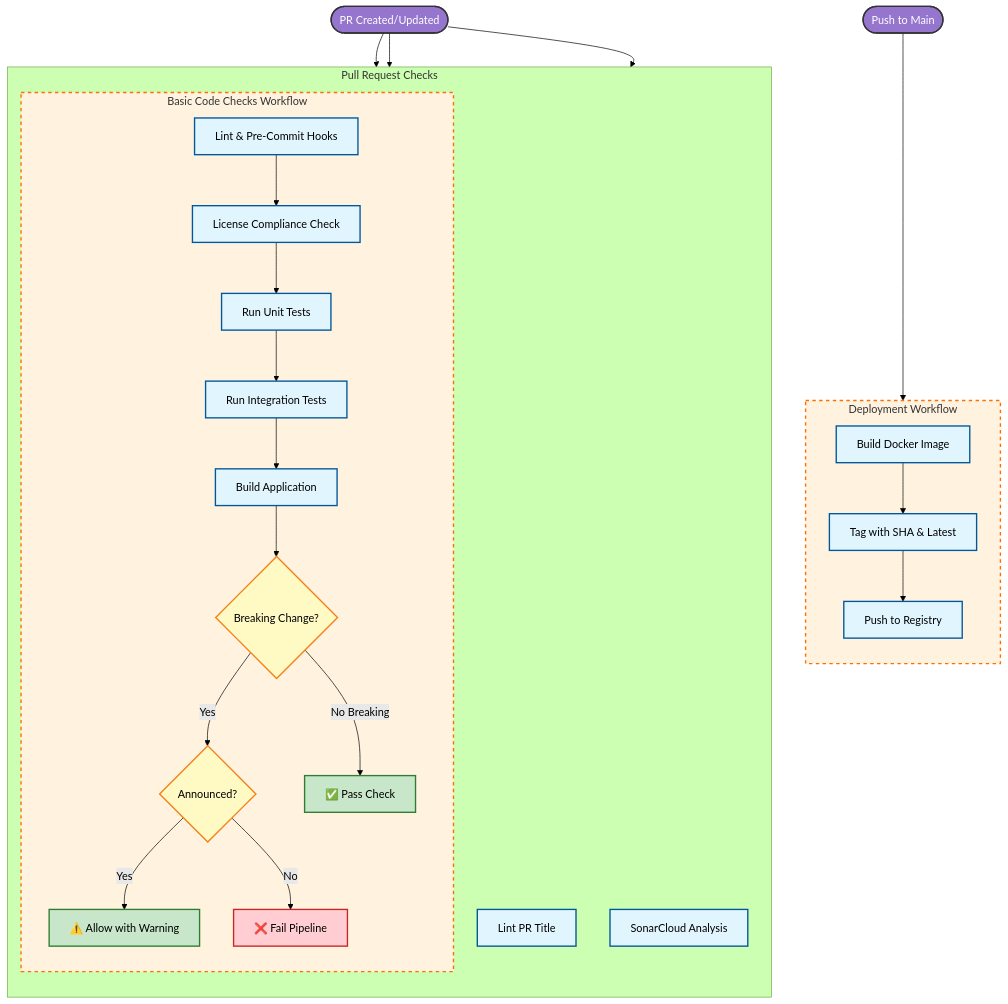
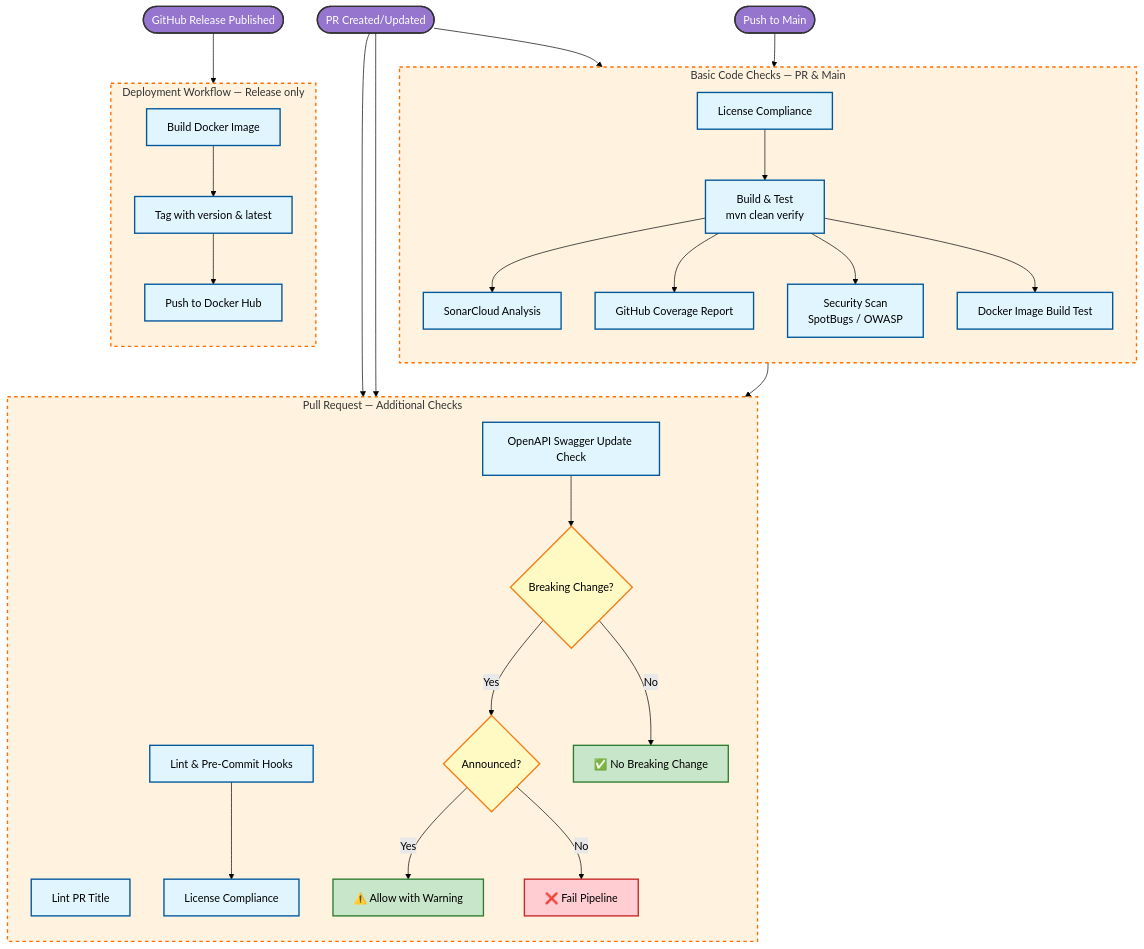
The diagram in docs/src/contributing/ci-workflow.md (Decathlon/internal-developer-platform), drawn with Mermaid (forest theme) before and after one commit. The commit also changed other lines of this file, not shown here.

````diff
--- a/docs/src/contributing/ci-workflow.md
+++ b/docs/src/contributing/ci-workflow.md
@@ -8,54 +8,68 @@
 ```mermaid
 flowchart TD
     %% Triggers
     StartPR([PR Created/Updated])
     StartMain([Push to Main])
+    StartRelease([GitHub Release Published])
 
-    %% PR Workflow
-    subgraph PR_Checks [Pull Request Checks]
+    %% PR-only checks
+    subgraph PR_Checks [Pull Request — Additional Checks]
         direction TB
         LintTitle[Lint PR Title]
-        Sonar[SonarCloud Analysis]
+        LintCode[Lint & Pre-Commit Hooks]
+        OpenAPI[OpenAPI Swagger Update Check]
+        BreakingChange{Breaking Change?}
+        CheckCommit{Announced?}
+        AllowBreaking[⚠️ Allow with Warning]
+        FailPipeline[❌ Fail Pipeline]
 
-        subgraph BasicChecks [Basic Code Checks Workflow]
-            LintCode[Lint & Pre-Commit Hooks] --> License[License Compliance Check]
-            License --> UnitTests[Run Unit Tests]
-            UnitTests --> IntTests[Run Integration Tests]
-            IntTests --> BuildApp[Build Application]
-            BuildApp --> BreakingChange{Breaking Change?}
-            BreakingChange -->|Yes| CheckCommit{Announced?}
-            CheckCommit -->|Yes| AllowBreaking[⚠️ Allow with Warning]
-            CheckCommit -->|No| FailPipeline[❌ Fail Pipeline]
-            BreakingChange -->|No Breaking| PassCheck[✅ Pass Check]
-        end
+        LintCode --> License2[License Compliance]
+        OpenAPI --> BreakingChange
+        BreakingChange -->|Yes| CheckCommit
+        CheckCommit -->|Yes| AllowBreaking
+        CheckCommit -->|No| FailPipeline
+        BreakingChange -->|No| PassBreaking[✅ No Breaking Change]
     end
 
-    %% Main Workflow
-    subgraph Deploy_Flow [Deployment Workflow]
+    %% Shared checks — run on both PR and push to main
+    subgraph SharedChecks [Basic Code Checks — PR & Main]
         direction TB
-        BuildProd[Build Docker Image] --> TagImage[Tag with SHA & Latest]
-        TagImage --> PushReg[Push to Registry]
+        License[License Compliance] --> Build
+        Build[Build & Test\nmvn clean verify] --> Sonar[SonarCloud Analysis]
+        Build --> Coverage[GitHub Coverage Report]
+        Build --> Security[Security Scan\nSpotBugs / OWASP]
+        Build --> DockerTest[Docker Image Build Test]
+    end
+
+    %% Release / deployment
+    subgraph Deploy_Flow [Deployment Workflow — Release only]
+        direction TB
+        BuildProd[Build Docker Image] --> TagImage[Tag with version & latest]
+        TagImage --> PushReg[Push to Docker Hub]
     end
 
     %% Connections
     StartPR --> LintTitle
-    StartPR --> Sonar
     StartPR --> LintCode
+    StartPR --> SharedChecks
+    SharedChecks --> OpenAPI
 
-    StartMain --> BuildProd
+    StartMain --> SharedChecks
+
+    StartRelease --> BuildProd
 
     %% Styling
     classDef trigger fill:#9575cd,stroke:#333,stroke-width:2px,color:white;
     classDef step fill:#e1f5fe,stroke:#01579b,stroke-width:2px;
     classDef decision fill:#fff9c4,stroke:#f57f17,stroke-width:2px;
     classDef success fill:#c8e6c9,stroke:#2e7d32,stroke-width:2px;
     classDef failure fill:#ffcdd2,stroke:#c62828,stroke-width:2px;
     classDef container fill:#fff3e0,stroke:#ff6f00,stroke-width:2px,stroke-dasharray: 5 5;
 
-    class StartPR,StartMain trigger;
-    class LintTitle,Sonar,LintCode,License,UnitTests,IntTests,BuildApp,BuildProd,TagImage,PushReg step;
+    class StartPR,StartMain,StartRelease trigger;
+    class LintTitle,LintCode,License,License2,Build,Sonar,Coverage,Security,DockerTest,OpenAPI,BuildProd,TagImage,PushReg step;
     class BreakingChange,CheckCommit decision;
-    class PassCheck,AllowBreaking success;
+    class PassBreaking,AllowBreaking success;
     class FailPipeline failure;
-    class BasicChecks,Deploy_Flow container;
+    class SharedChecks,PR_Checks,Deploy_Flow container;
 ```
````
